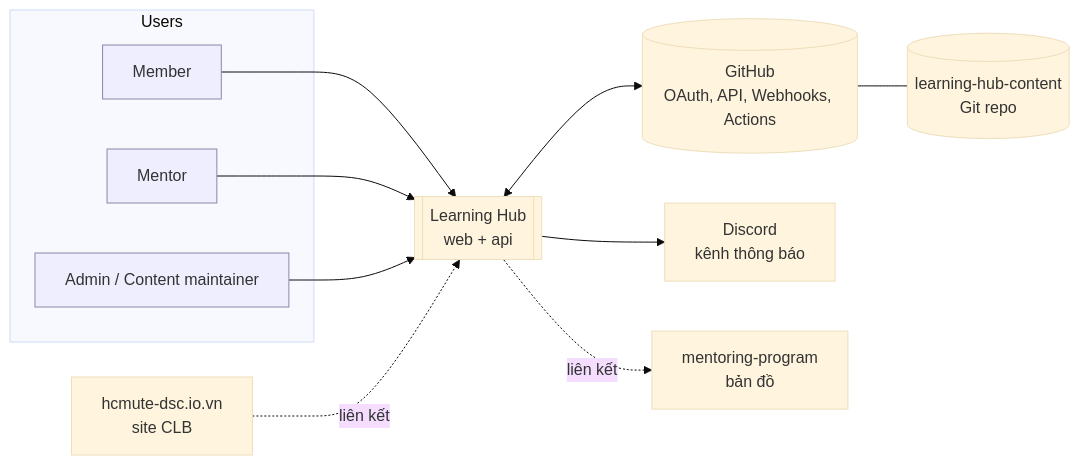
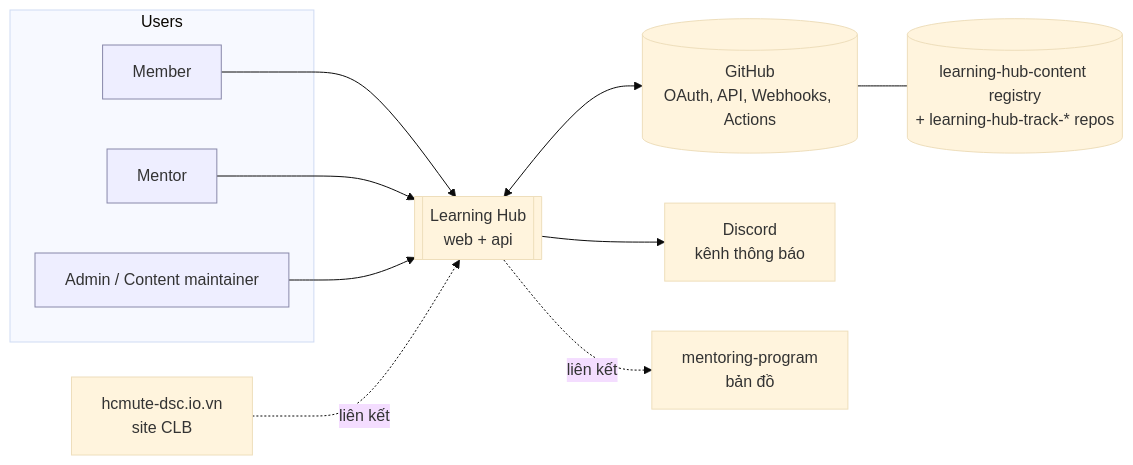
Before and after one commit to hcmute-dsc/learning-hub-docs: the first of 4 diagrams in docs/product/ARCHITECTURE.md, drawn with Mermaid (base theme). The commit also changed 4 other files, not shown here.

First line of the commit message:
Docs: one repo per content track, learning-hub-content as registry (ADR-10) (#12)

````diff
--- a/docs/product/ARCHITECTURE.md
+++ b/docs/product/ARCHITECTURE.md
@@ -7,21 +7,21 @@
 ```mermaid
 flowchart LR
   subgraph Users
     M[Member]:::p
     Mt[Mentor]:::p
     Ad[Admin / Content maintainer]:::p
   end
   Hub[[Learning Hub<br/>web + api]]
   GH[(GitHub<br/>OAuth, API, Webhooks, Actions)]
-  CR[(learning-hub-content<br/>Git repo)]
+  CR[(learning-hub-content registry<br/>+ learning-hub-track-* repos)]
   DC[Discord<br/>kênh thông báo]
   Site[hcmute-dsc.io.vn<br/>site CLB]
   MP[mentoring-program<br/>bản đồ]
   M & Mt & Ad --> Hub
   Hub <--> GH
   GH --- CR
   Hub --> DC
   Site -. liên kết .-> Hub
   Hub -. liên kết .-> MP
   classDef p fill:#eef,stroke:#88a
 ```
````
